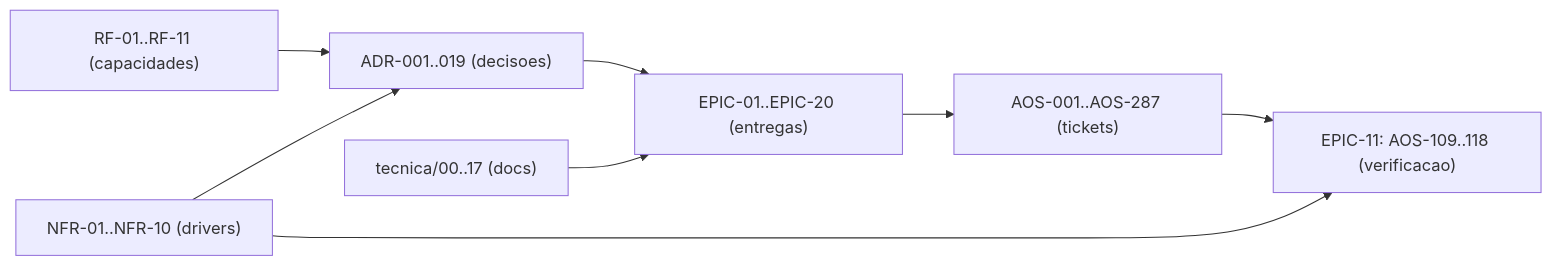
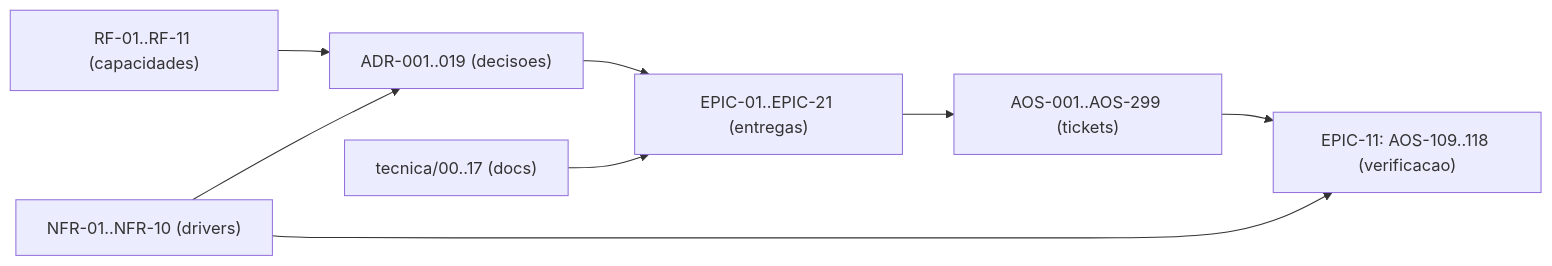
One commit to albinoJimy/aos changed the diagram in tecnica/16_Rastreabilidade_RTM.md. Above: the diagram before and after it, drawn with Mermaid. The commit also changed other lines of this file and 2 other files, not shown here.

````diff
--- a/tecnica/16_Rastreabilidade_RTM.md
+++ b/tecnica/16_Rastreabilidade_RTM.md
@@ -172,10 +172,10 @@
 ```mermaid
 flowchart LR
     RF["RF-01..RF-11 (capacidades)"] --> ADR["ADR-001..019 (decisoes)"]
     NFR["NFR-01..NFR-10 (drivers)"] --> ADR
-    ADR --> EPIC["EPIC-01..EPIC-20 (entregas)"]
-    EPIC --> TICK["AOS-001..AOS-287 (tickets)"]
+    ADR --> EPIC["EPIC-01..EPIC-21 (entregas)"]
+    EPIC --> TICK["AOS-001..AOS-299 (tickets)"]
     DOC["tecnica/00..17 (docs)"] --> EPIC
     TICK --> TEST["EPIC-11: AOS-109..118 (verificacao)"]
     NFR --> TEST
 ```
````
